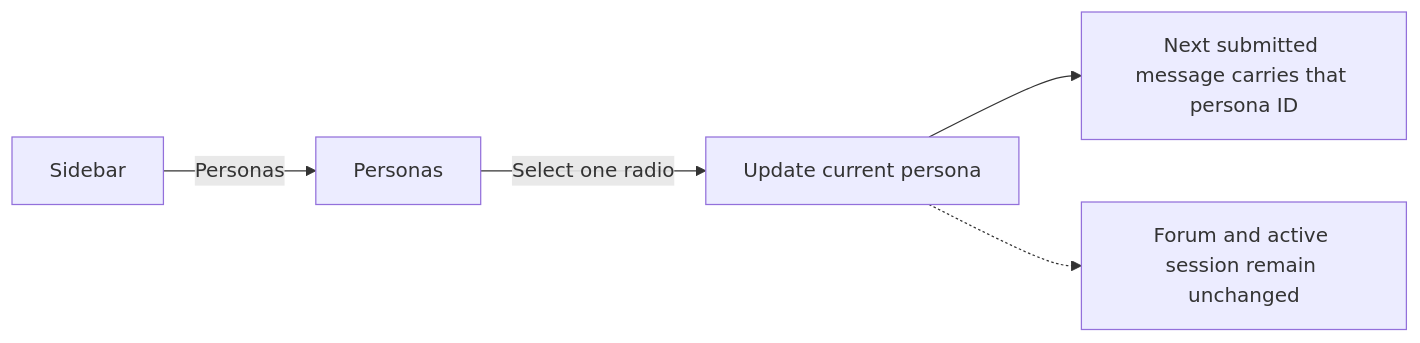
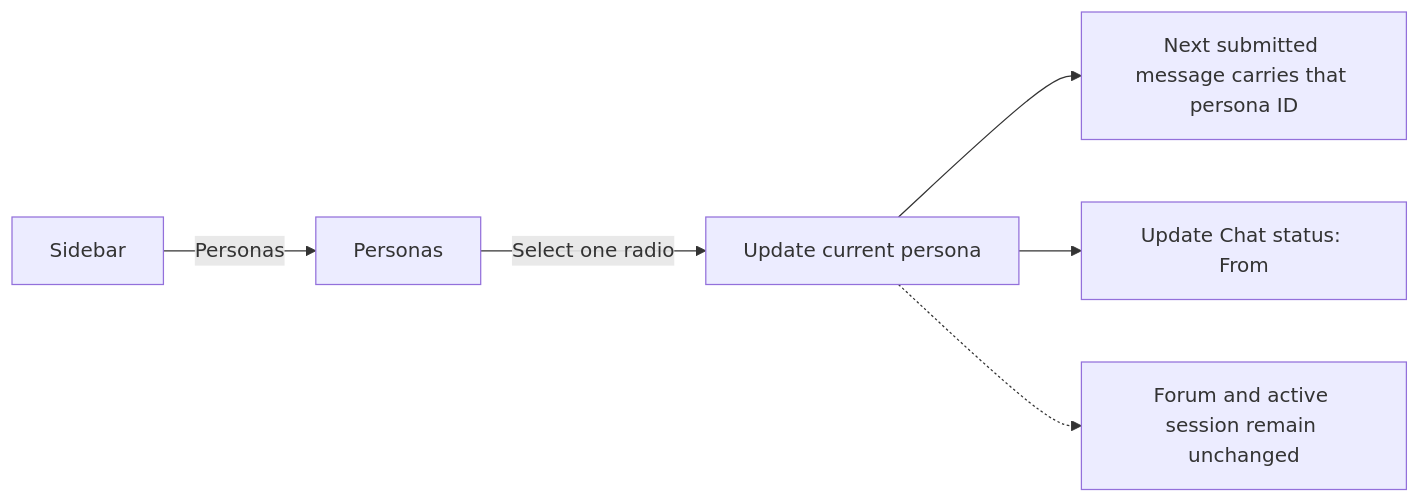
One commit to michaelpopov/cha changed the fourth of 5 diagrams in docs/web-ui/flows.md. Above: the diagram before and after it, drawn with Mermaid. The commit also changed other lines of this file and 14 other files, not shown here.

````diff
--- a/docs/web-ui/flows.md
+++ b/docs/web-ui/flows.md
@@ -37,7 +54,8 @@
 ```mermaid
 flowchart LR
     Sidebar["Sidebar"] -->|"Personas"| Personas["Personas"]
     Personas -->|"Select one radio"| Current["Update current persona"]
     Current --> Next["Next submitted message carries that persona ID"]
+    Current --> Status["Update Chat status: From"]
     Current -.-> Unchanged["Forum and active session remain unchanged"]
 ```
````
